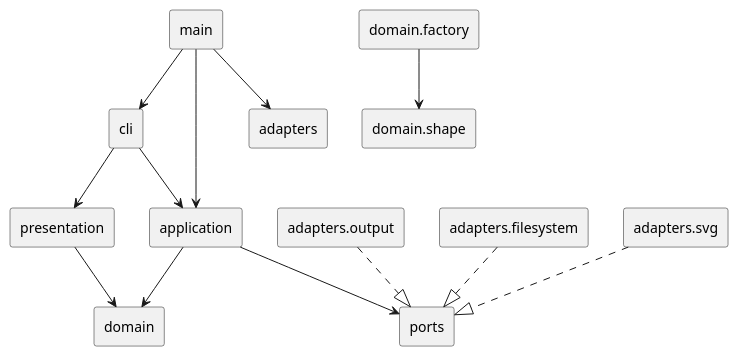
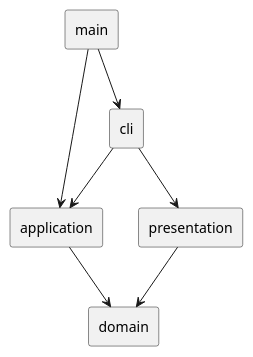
Before and after one commit to Chaugnar0127/SVG-Editor: the diagram in doc/README.md, drawn with PlantUML. The commit also changed other lines of this file and 26 other files, not shown here.

````diff
--- a/doc/README.md
+++ b/doc/README.md
@@ -92,17 +53,11 @@
 ```plantuml
 @startuml
 skinparam componentStyle rectangle
 [main] --> [cli]
 [main] --> [application]
-[main] --> [adapters]
 [cli] --> [application]
 [cli] --> [presentation]
+[presentation] --> [domain]
 [application] --> [domain]
-[application] --> [ports]
-[presentation] --> [domain]
-[adapters.filesystem] ..|> [ports]
-[adapters.svg] ..|> [ports]
-[adapters.output] ..|> [ports]
-[domain.factory] --> [domain.shape]
 @enduml
 ```
````
